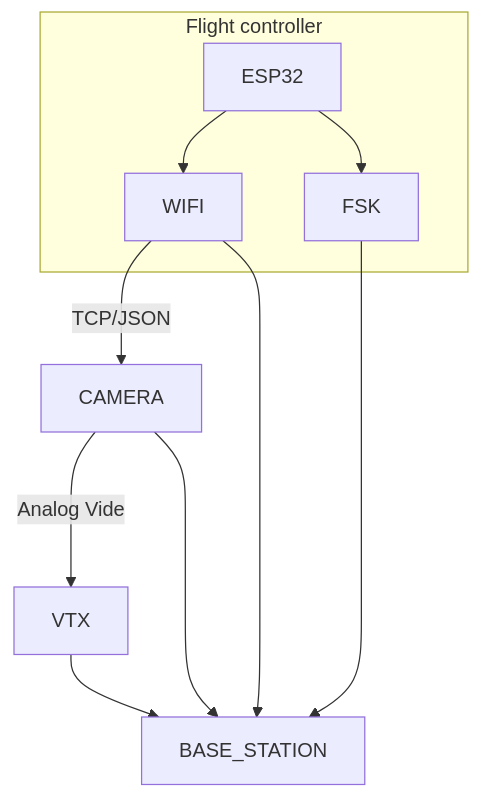
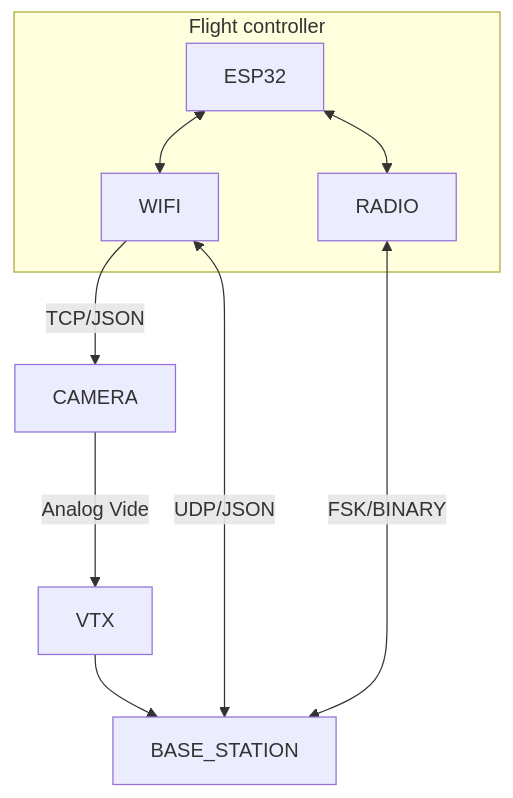
One commit to arnaudhe/quadcopter changed the diagram in README.md. Above: the diagram before and after it, drawn with Mermaid.

Commit message:
[README] Update architecture schema

````diff
--- a/README.md
+++ b/README.md
@@ -49,13 +49,12 @@
 ```mermaid
   flowchart TD;
       subgraph Flight controller
-      ESP32-->WIFI;
-      ESP32-->FSK;
+      ESP32<-->WIFI;
+      ESP32<-->RADIO;
       end
       WIFI--TCP/JSON-->CAMERA;
       CAMERA--Analog Video-->VTX
       VTX-->BASE_STATION
-      CAMERA-->BASE_STATION
-      WIFI-->BASE_STATION
-      FSK-->BASE_STATION
+      WIFI<--UDP/JSON-->BASE_STATION
+      RADIO<--FSK/BINARY-->BASE_STATION
 ```
````
